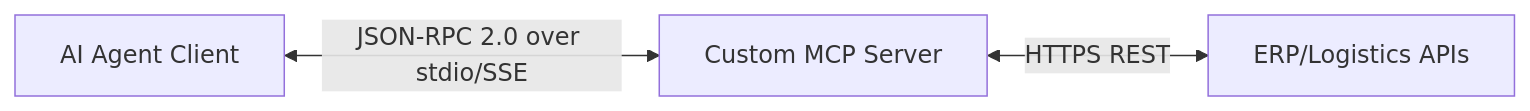
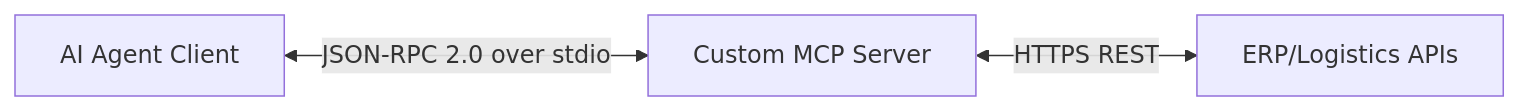
The diagram in README.md (yadavanujkumar/Mcp-vs-Api), drawn with Mermaid before and after one commit. The commit also changed 3 other files, not shown here.

````diff
--- a/README.md
+++ b/README.md
@@ -90,5 +90,5 @@
 ```mermaid
 flowchart LR
-    A[AI Agent Client] <-->|JSON-RPC 2.0 over stdio/SSE| B[Custom MCP Server]
+    A[AI Agent Client] <-->|JSON-RPC 2.0 over stdio| B[Custom MCP Server]
     B <-->|HTTPS REST| C[ERP/Logistics APIs]
 ```
````
